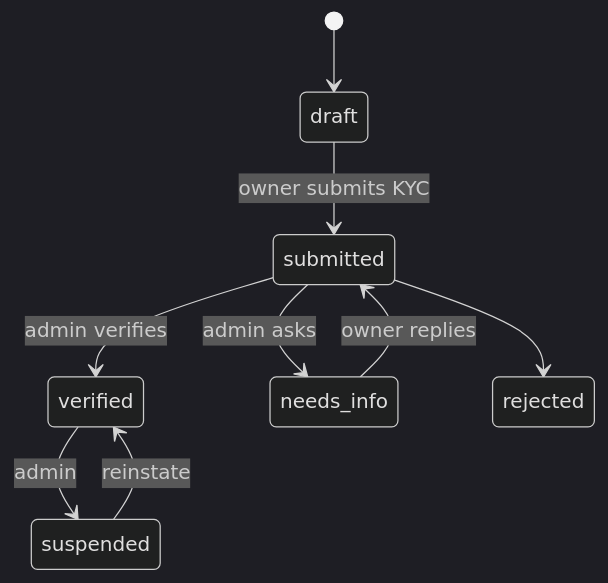
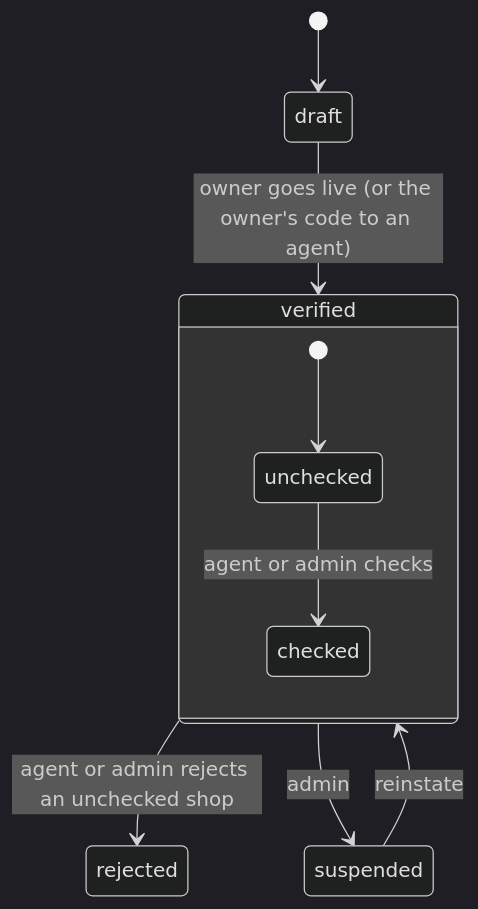
Before and after one commit to todayzmart/todayz: the diagram in docs/features/stores-and-onboarding.md, drawn with Mermaid (dark theme). The commit also changed other lines of this file and 133 other files, not shown here.

````diff
--- a/docs/features/stores-and-onboarding.md
+++ b/docs/features/stores-and-onboarding.md
@@ -29,11 +31,12 @@
 ```mermaid
 stateDiagram-v2
     [*] --> draft
-    draft --> submitted: owner submits KYC
-    submitted --> verified: admin verifies
-    submitted --> needs_info: admin asks
-    needs_info --> submitted: owner replies
-    submitted --> rejected
+    draft --> verified: owner goes live (or the owner's code to an agent)
+    state verified {
+        [*] --> unchecked
+        unchecked --> checked: agent or admin checks
+    }
+    verified --> rejected: agent or admin rejects an unchecked shop
     verified --> suspended: admin
     suspended --> verified: reinstate
 ```
````
